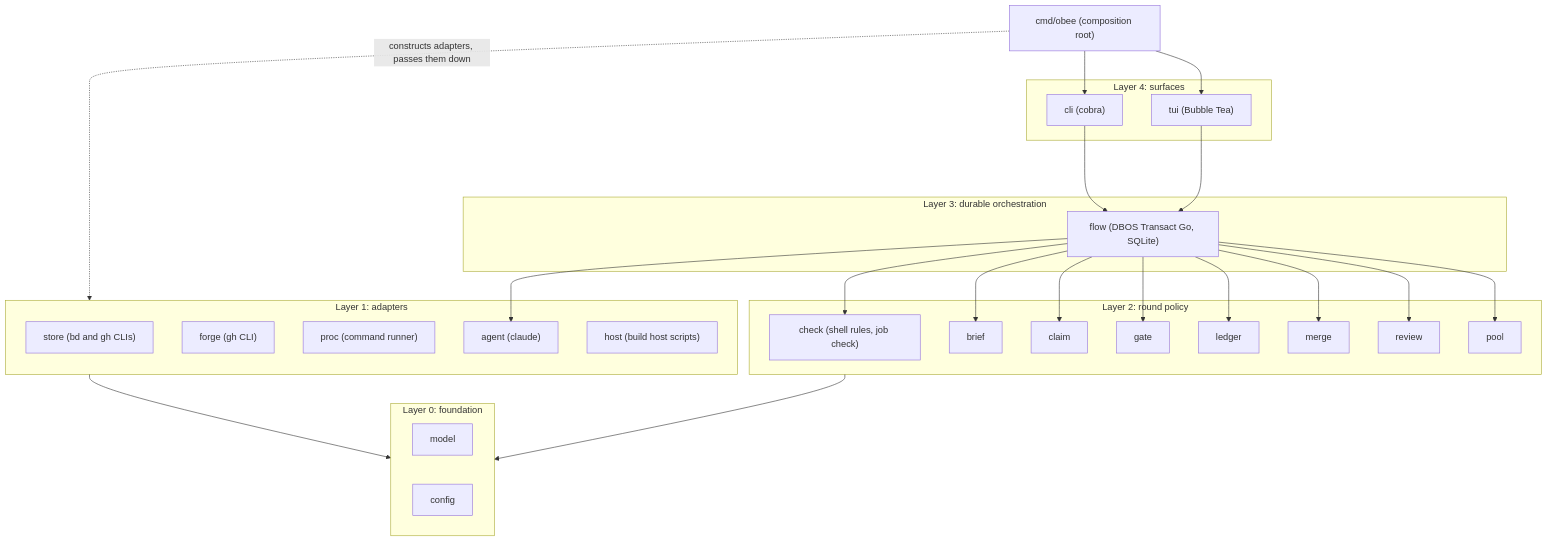
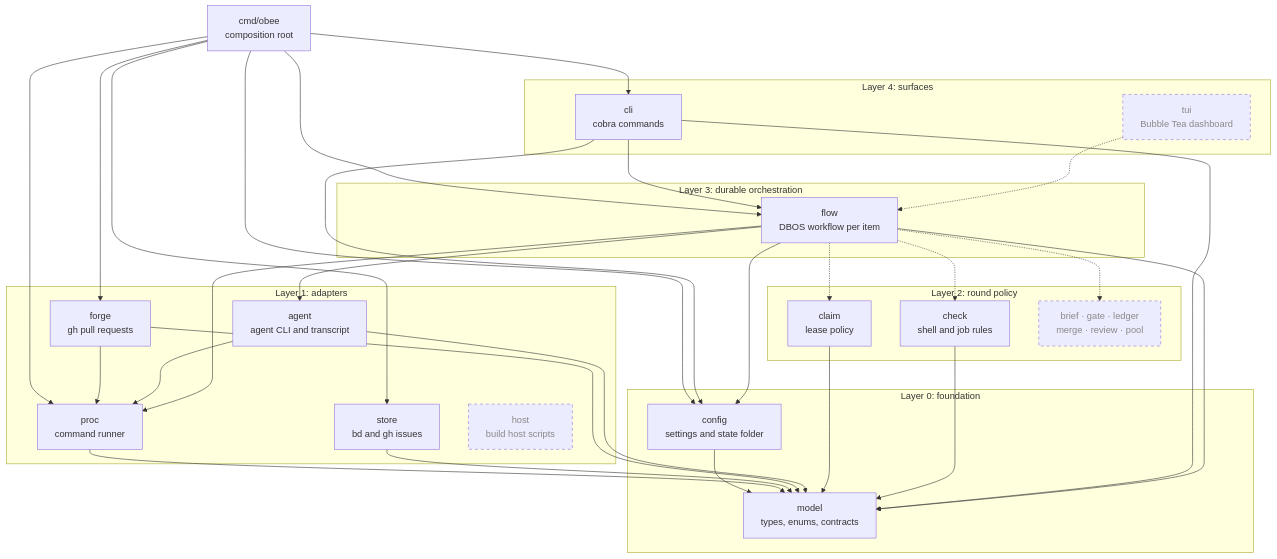
One commit to tobocop2/beehave changed the first of 3 diagrams in docs/architecture.md. Above: the diagram before and after it, drawn with Mermaid. The commit also changed other lines of this file and 62 other files, not shown here.

````diff
--- a/docs/architecture.md
+++ b/docs/architecture.md
@@ -9,41 +11,63 @@
 ```mermaid
 flowchart TD
-    main["cmd/obee (composition root)"]
-    subgraph L4[Layer 4: surfaces]
-        cli["cli (cobra)"]
-        tui["tui (Bubble Tea)"]
+    main["cmd/obee<br/>composition root"]
+
+    subgraph L4["Layer 4: surfaces"]
+        cli["cli<br/>cobra commands"]
+        tui["tui<br/>Bubble Tea dashboard"]:::planned
     end
-    subgraph L3[Layer 3: durable orchestration]
-        flow["flow (DBOS Transact Go, SQLite)"]
+
+    subgraph L3["Layer 3: durable orchestration"]
+        flow["flow<br/>DBOS workflow per item"]
     end
-    subgraph L2[Layer 2: round policy]
-        check["check (shell rules, job check)"]
-        brief
-        claim
-        gate
-        ledger
-        merge
-        review
-        pool
+
+    subgraph L2["Layer 2: round policy"]
+        claim["claim<br/>lease policy"]
+        check["check<br/>shell and job rules"]
+        policy["brief · gate · ledger<br/>merge · review · pool"]:::planned
     end
-    subgraph L1[Layer 1: adapters]
-        store["store (bd and gh CLIs)"]
-        forge["forge (gh CLI)"]
-        proc["proc (command runner)"]
-        agent["agent (claude)"]
-        host["host (build host scripts)"]
+
+    subgraph L1["Layer 1: adapters"]
+        store["store<br/>bd and gh issues"]
+        forge["forge<br/>gh pull requests"]
+        agent["agent<br/>agent CLI and transcript"]
+        proc["proc<br/>command runner"]
+        host["host<br/>build host scripts"]:::planned
     end
-    subgraph L0[Layer 0: foundation]
-        model
-        config
+
+    subgraph L0["Layer 0: foundation"]
+        config["config<br/>settings and state folder"]
+        model["model<br/>types, enums, contracts"]
     end
+
     main --> cli
-    main --> tui
+    main --> config
+    main --> store
+    main --> forge
+    main --> proc
+    cli --> config
+    forge --> proc
+    agent --> proc
+    config --> model
+    proc --> model
+    store --> model
+    forge --> model
+    agent --> model
+    claim --> model
+    check --> model
+    cli --> model
+
+    main --> flow
     cli --> flow
-    tui --> flow
-    flow --> check & brief & claim & gate & ledger & merge & review & pool
-    main -. "constructs adapters, passes them down" .-> L1
     flow --> agent
-    L1 --> L0
-    L2 --> L0
+    flow --> config
+    flow --> proc
+    flow --> model
+
+    tui -.-> flow
+    flow -.-> claim
+    flow -.-> check
+    flow -.-> policy
+
+    classDef planned stroke-dasharray: 5 5,color:#888
 ```
````
